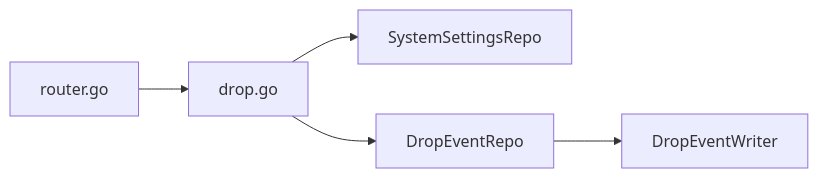
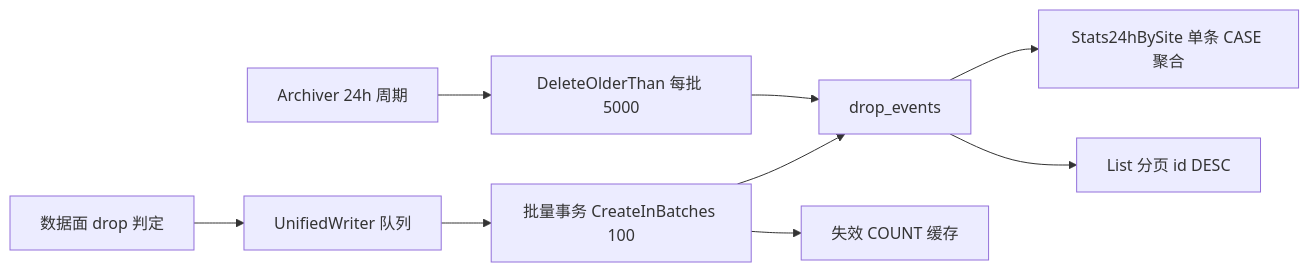
One commit to x01n/My-OpenWaf changed the sixth of 7 diagrams in docs/管理 API 系统/阻断策略 API.md. Above: the diagram before and after it, drawn with Mermaid. The commit also changed other lines of this file and 622 other files, not shown here.

````diff
--- a/docs/管理 API 系统/阻断策略 API.md
+++ b/docs/管理 API 系统/阻断策略 API.md
@@ -270,7 +456,11 @@
 ```mermaid
 graph LR
-Router["router.go"] --> Handler["drop.go"]
-Handler --> SettingsRepo["SystemSettingsRepo"]
-Handler --> DropEventRepo["DropEventRepo"]
-DropEventRepo --> DropEventWriter["DropEventWriter"]
+DP["数据面 drop 判定"] --> Q["UnifiedWriter 队列"]
+Q --> BR["批量事务 CreateInBatches 100"]
+BR --> TBL2["drop_events"]
+BR --> CC["失效 COUNT 缓存"]
+TBL2 --> ST["Stats24hBySite 单条 CASE 聚合"]
+TBL2 --> LS["List 分页 id DESC"]
+ARC2["Archiver 24h 周期"] --> DEL["DeleteOlderThan 每批 5000"]
+DEL --> TBL2
 ```
````
